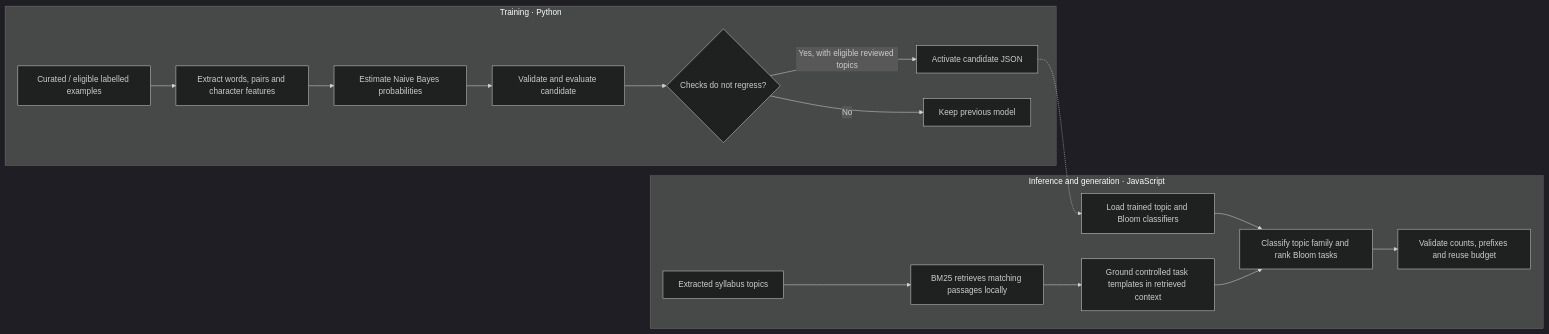
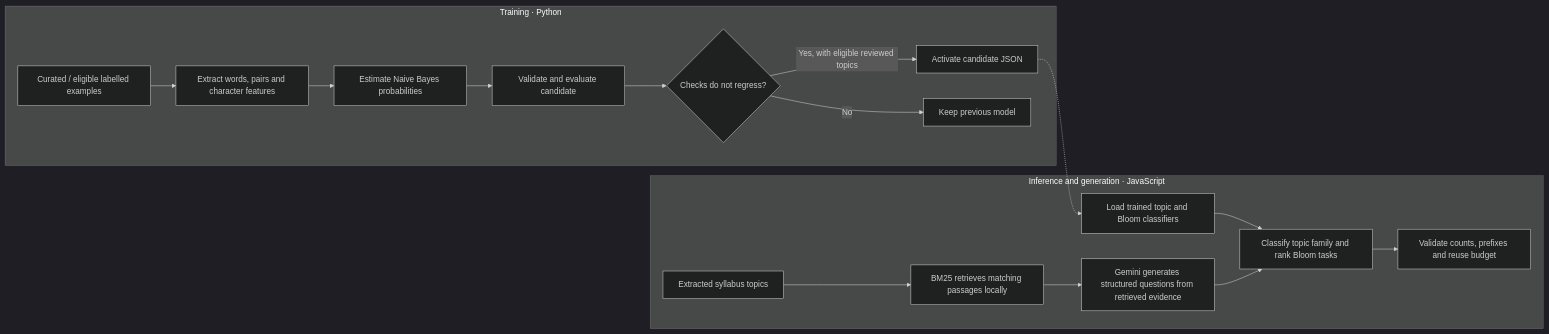
Before and after one commit to irfanshafi21/mini-project: the sixth of 10 diagrams in README.md, drawn with Mermaid (dark theme). The commit also changed other lines of this file and 10 other files, not shown here.

````diff
--- a/README.md
+++ b/README.md
@@ -384,19 +385,19 @@
 ```mermaid
 flowchart LR
   subgraph TRAIN["Training · Python"]
     A["Curated / eligible labelled examples"] --> B["Extract words, pairs and character features"]
     B --> C["Estimate Naive Bayes probabilities"]
     C --> D["Validate and evaluate candidate"]
     D --> E{"Checks do not regress?"}
     E -->|"Yes, with eligible reviewed topics"| F["Activate candidate JSON"]
     E -->|"No"| G["Keep previous model"]
   end
   subgraph RUN["Inference and generation · JavaScript"]
     H["Extracted syllabus topics"] --> J["BM25 retrieves matching passages locally"]
     F -.-> I
     I["Load trained topic and Bloom classifiers"] --> L["Classify topic family and rank Bloom tasks"]
-    J --> K["Ground controlled task templates in retrieved context"]
+    J --> K["Gemini generates structured questions from retrieved evidence"]
     K --> L
     L --> M["Validate counts, prefixes and reuse budget"]
   end
 ```
````
